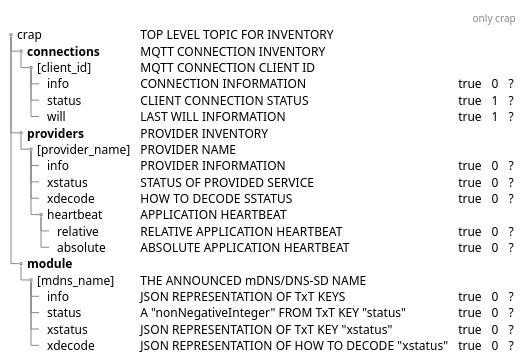
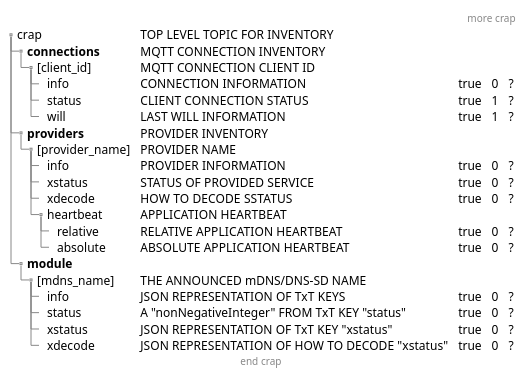
One commit to ITxPT/schematest changed the diagram in puml-linktest/crap.puml. Above: the diagram before and after it, drawn with PlantUML.

```diff
--- a/puml-linktest/crap.puml
+++ b/puml-linktest/crap.puml
@@ -1,31 +1,33 @@
 @startsalt (id=crap)
 'title test crap
 header only crap
 {
 {T
 ' test crap
+header more crap
 + crap | TOP LEVEL TOPIC FOR INVENTORY
 ++ **connections** | MQTT CONNECTION INVENTORY
 +++ [client_id] | MQTT CONNECTION CLIENT ID
 ++++ info | CONNECTION INFORMATION | true | 0 | ?
 ++++ status | CLIENT CONNECTION STATUS | true | 1 | ?
 ++++ will | LAST WILL INFORMATION | true | 1 | ?
 
 ++ **providers** | PROVIDER INVENTORY
 +++ [provider_name] | PROVIDER NAME
 ++++ info | PROVIDER INFORMATION | true | 0 | ?
 ++++ xstatus | STATUS OF PROVIDED SERVICE | true | 0 | ?
 ++++ xdecode | HOW TO DECODE SSTATUS | true | 0 | ?
 ++++ heartbeat | APPLICATION HEARTBEAT
 +++++ relative | RELATIVE APPLICATION HEARTBEAT | true | 0 | ?
 +++++ absolute | ABSOLUTE APPLICATION HEARTBEAT | true | 0 | ?
 
 ++ **module**
 +++ [mdns_name] | THE ANNOUNCED mDNS/DNS-SD NAME
 ++++ info | JSON REPRESENTATION OF TxT KEYS | true | 0 | ?
 ++++ status | A "nonNegativeInteger" FROM TxT KEY "status" | true | 0 | ?
 ++++ xstatus | JSON REPRESENTATION OF TxT KEY "xstatus" | true | 0 | ?
 ++++ xdecode | JSON REPRESENTATION OF HOW TO DECODE "xstatus" | true | 0 | ?
+footer end crap
 }
 }
 @endsalt
```
